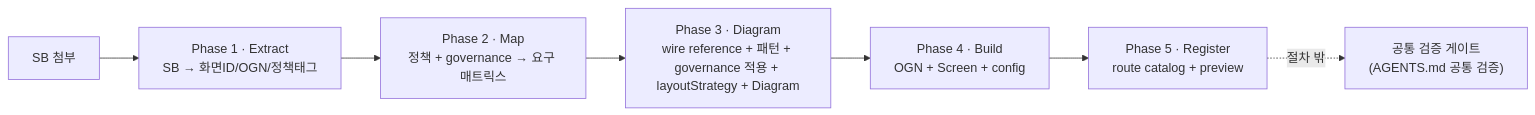
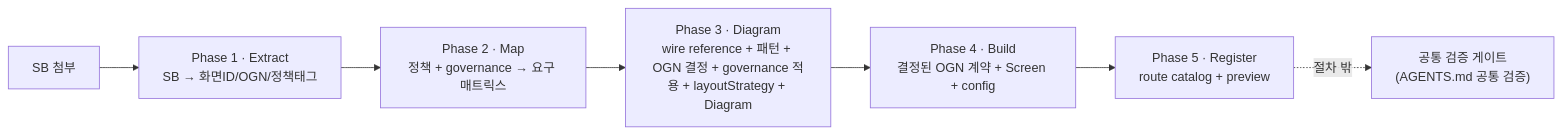
Before and after one commit to ewoooo/rnd-screen-to-screen: the diagram in SCREEN_GENERATION_FLOW.md, drawn with Mermaid. The commit also changed other lines of this file and 194 other files, not shown here.

````diff
--- a/SCREEN_GENERATION_FLOW.md
+++ b/SCREEN_GENERATION_FLOW.md
@@ -44,9 +44,9 @@
 ```mermaid
 flowchart LR
     A["SB 첨부"] --> P1["Phase 1 · Extract<br/>SB → 화면ID/OGN/정책태그"]
     P1 --> P2["Phase 2 · Map<br/>정책 + governance → 요구 매트릭스"]
-    P2 --> P3["Phase 3 · Diagram<br/>wire reference + 패턴 + governance 적용 + layoutStrategy + Diagram"]
-    P3 --> P4["Phase 4 · Build<br/>OGN + Screen + config"]
+    P2 --> P3["Phase 3 · Diagram<br/>wire reference + 패턴 + OGN 결정 + governance 적용 + layoutStrategy + Diagram"]
+    P3 --> P4["Phase 4 · Build<br/>결정된 OGN 계약 + Screen + config"]
     P4 --> P5["Phase 5 · Register<br/>route catalog + preview"]
     P5 -.->|절차 밖| G["공통 검증 게이트<br/>(AGENTS.md 공통 검증)"]
 ```
````
